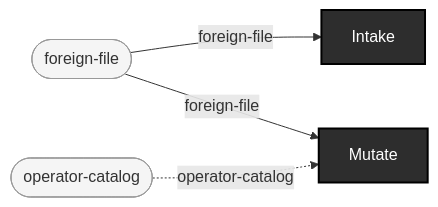
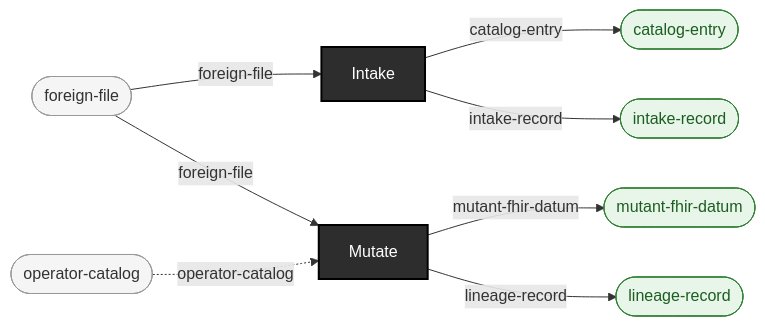
One commit to pragsmike/ehr-testing-tools changed the diagram in docs/use-cases/bring-your-own-generator-augmentation.md. Above: the diagram before and after it, drawn with Mermaid. The commit also changed 21 other files, not shown here.

First line of the commit message:
docs: regenerate use-case pages and pipeline diagram with result nodes (mechanical, zero hand edits)

````diff
--- a/docs/use-cases/bring-your-own-generator-augmentation.md
+++ b/docs/use-cases/bring-your-own-generator-augmentation.md
@@ -21,29 +21,45 @@
 ```mermaid
 flowchart LR
 
     %% --- Source types (raw inputs, not produced by any operation) ---
     foreign_file(["foreign-file"])
     operator_catalog(["operator-catalog"])
 
     %% --- Operations (boxes; spiders use distinct shapes) ---
     Intake["Intake"]
     Mutate["Mutate"]
 
+    %% --- Result types (terminal outputs) ---
+    catalog_entry_out(["catalog-entry"])
+    intake_record_out(["intake-record"])
+    lineage_record_out(["lineage-record"])
+    mutant_fhir_datum_out(["mutant-fhir-datum"])
+
     %% --- Wires (typed connections) ---
     %% Arrow 1: Intake
     foreign_file -- foreign-file --> Intake
+    Intake -- "catalog-entry" --> catalog_entry_out
+    Intake -- "intake-record" --> intake_record_out
 
     %% Arrow 2: Mutate
     foreign_file -- foreign-file --> Mutate
     operator_catalog -. operator-catalog .-> Mutate
+    Mutate -- "mutant-fhir-datum" --> mutant_fhir_datum_out
+    Mutate -- "lineage-record" --> lineage_record_out
 
     %% --- Styling ---
 
     %% Operations: dark boxes (fan=blue, funnel=green, enrichment=outlined, gate=purple, external=dashed)
     style Intake fill:#2d2d2d,stroke:#000,color:#fff,stroke-width:2px
     style Mutate fill:#2d2d2d,stroke:#000,color:#fff,stroke-width:2px
 
     %% Source types: light rounded
     style foreign_file fill:#f5f5f5,stroke:#999,color:#333
     style operator_catalog fill:#f5f5f5,stroke:#999,color:#333
+
+    %% Result types (terminal outputs): green rounded
+    style catalog_entry_out fill:#e8f5e9,stroke:#2e7d32,color:#1b5e20
+    style intake_record_out fill:#e8f5e9,stroke:#2e7d32,color:#1b5e20
+    style lineage_record_out fill:#e8f5e9,stroke:#2e7d32,color:#1b5e20
+    style mutant_fhir_datum_out fill:#e8f5e9,stroke:#2e7d32,color:#1b5e20
 ```
````
